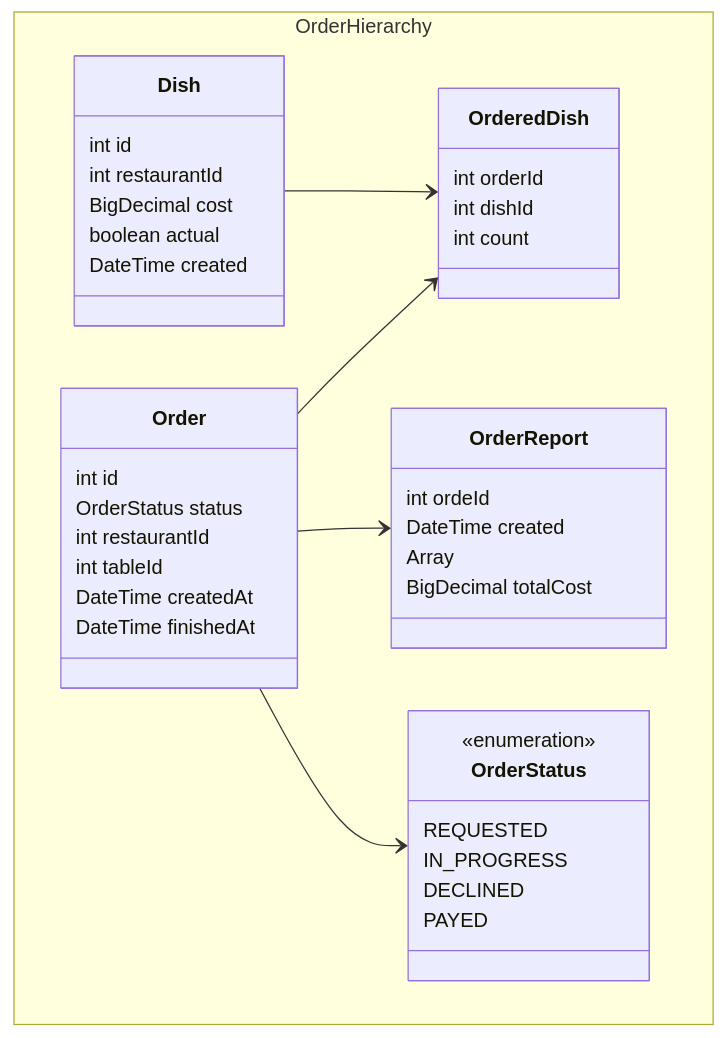
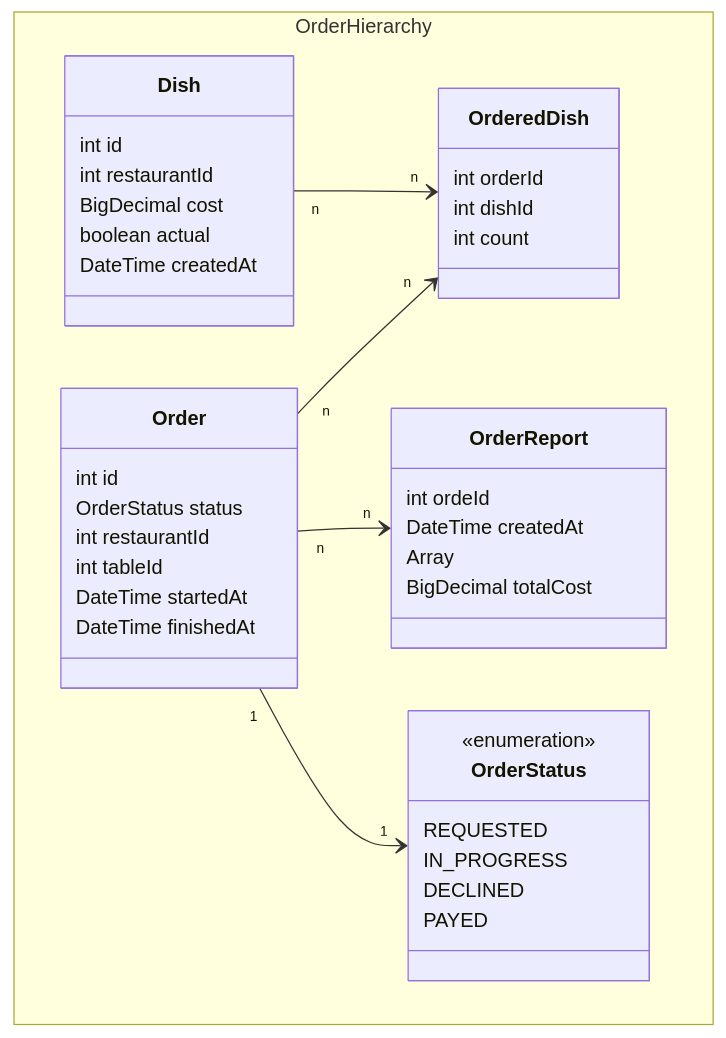
One commit to mishanio/arhitech_hac_2024 changed the first of 3 diagrams in task_3_restaurant_orders/order_system_model.md. Above: the diagram before and after it, drawn with Mermaid. The commit also changed other lines of this file and 4 other files, not shown here.

Commit message:
add task 3 diagram

````diff
--- a/task_3_restaurant_orders/order_system_model.md
+++ b/task_3_restaurant_orders/order_system_model.md
@@ -2,45 +1,43 @@
 ```mermaid
 classDiagram
     namespace OrderHierarchy {
         class Order {
             int id
             OrderStatus status
             int restaurantId
             int tableId
-            DateTime createdAt
+            DateTime startedAt
             DateTime finishedAt
         }
         class OrderedDish {
             int orderId
             int dishId
             int count
         }
         class Dish {
             int id
             int restaurantId
             BigDecimal cost
             boolean actual
-            DateTime created
+            DateTime createdAt
         }
-        class OrderStatus{
+        class OrderStatus {
             <<enumeration>>
             REQUESTED
             IN_PROGRESS
             DECLINED
             PAYED
         }
         class OrderReport {
             int ordeId
-            DateTime created
+            DateTime createdAt
             Array
             BigDecimal totalCost
         }
     }
 
-    Order --> OrderedDish
-    Dish  -->  OrderedDish
-    Order  -->  OrderReport
-    Order  -->  OrderStatus
-    
-    
-```
+    Order "n" --> "n" OrderedDish
+    Dish "n" --> "n" OrderedDish
+    Order "n" --> "n" OrderReport
+    Order "1"--> "1" OrderStatus
+```    
````
